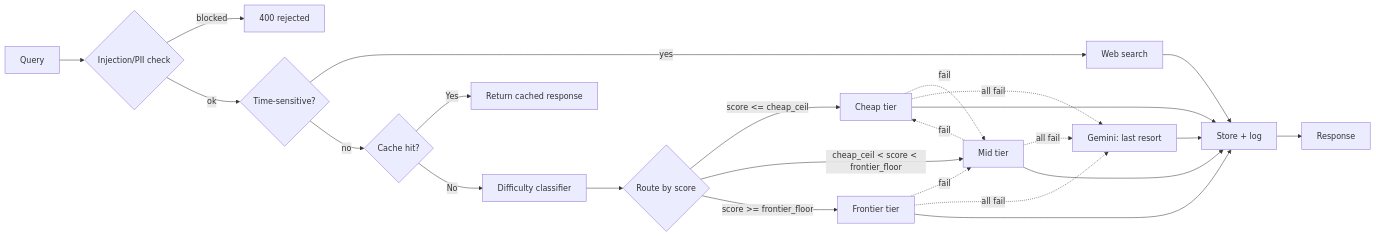
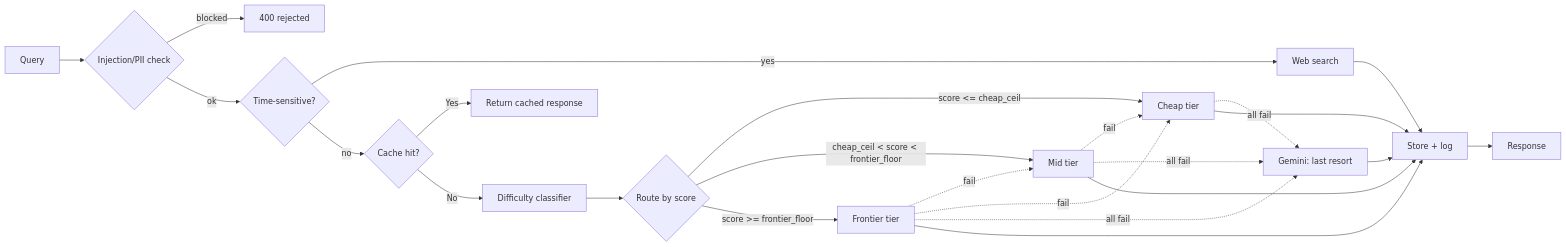
One commit to Ishan-5/llm-router changed the diagram in README.md. Above: the diagram before and after it, drawn with Mermaid. The commit also changed other lines of this file and 2 other files, not shown here.

````diff
--- a/README.md
+++ b/README.md
@@ -39,26 +39,26 @@
 ```mermaid
 flowchart LR
     Q[Query] --> G{Injection/PII check}
     G -->|blocked| X[400 rejected]
     G -->|ok| W{Time-sensitive?}
     W -->|yes| WS[Web search]
     W -->|no| C{Cache hit?}
     C -->|Yes| R[Return cached response]
     C -->|No| D[Difficulty classifier]
     D --> T{Route by score}
     T -->|score <= cheap_ceil| Cheap[Cheap tier]
     T -->|cheap_ceil < score < frontier_floor| Mid[Mid tier]
     T -->|score >= frontier_floor| Frontier[Frontier tier]
-    Cheap -.fail.-> Mid
+    Frontier -.fail.-> Mid
+    Frontier -.fail.-> Cheap
     Mid -.fail.-> Cheap
-    Frontier -.fail.-> Mid
     Cheap -.all fail.-> Gemini[Gemini: last resort]
     Mid -.all fail.-> Gemini
     Frontier -.all fail.-> Gemini
     Cheap --> S[Store + log]
     Mid --> S
     Frontier --> S
     Gemini --> S
     WS --> S
     S --> Out[Response]
 ```
````
